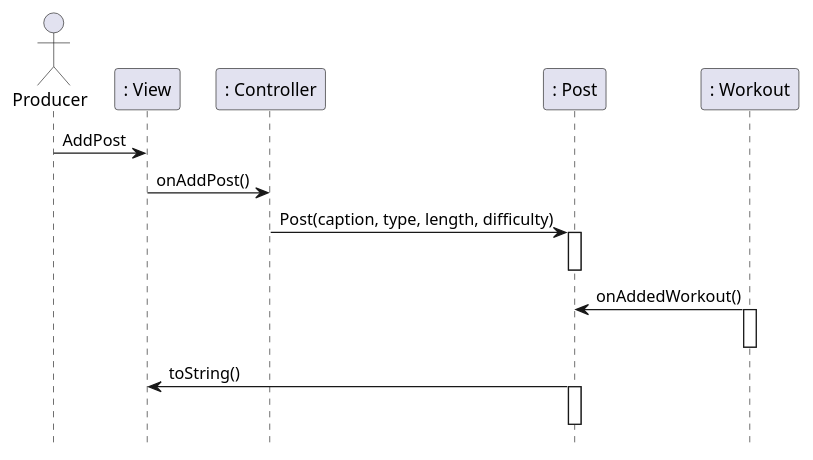
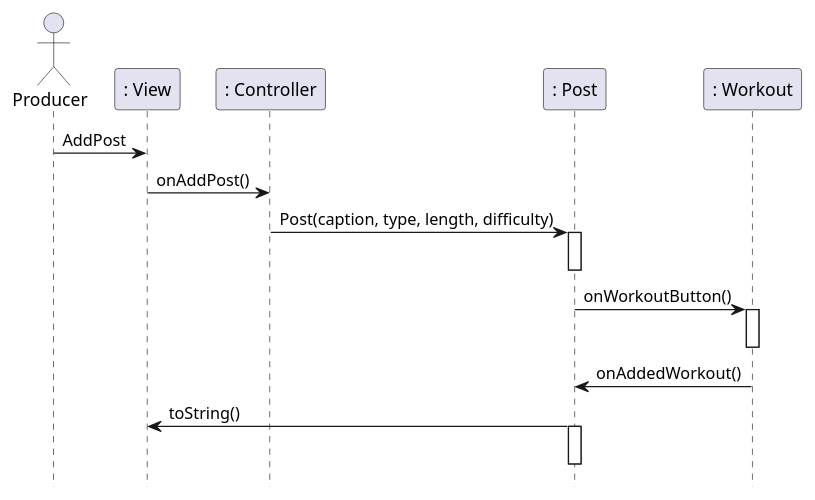
The third of 6 diagrams in intellij/doc/design.md (arun-guruswamy/workout-networking), drawn with PlantUML before and after one commit. The commit also changed 3 other files, not shown here.

````diff
--- a/intellij/doc/design.md
+++ b/intellij/doc/design.md
@@ -69,22 +69,23 @@
 ```plantuml
 @startuml
 hide footbox
 actor Producer as producer
 participant ": View" as view 
 participant ": Controller" as controller 
 participant ": Post" as Post
 participant ": Workout" as workout
 
 producer -> view : AddPost 
 view -> controller : onAddPost()
 controller -> Post : Post(caption, type, length, difficulty)
 activate Post
 deactivate Post
-workout -> Post : onAddedWorkout()
+workout <- Post : onWorkoutButton()
 activate workout
 deactivate workout
+workout -> Post : onAddedWorkout()
 view <- Post : toString()
 activate Post
 deactivate Post
 @enduml
 ```
````
